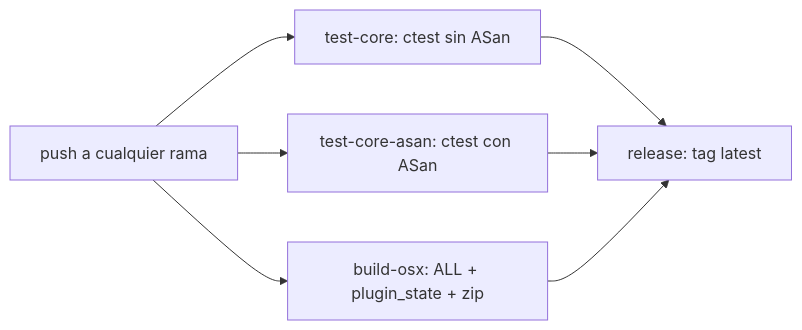
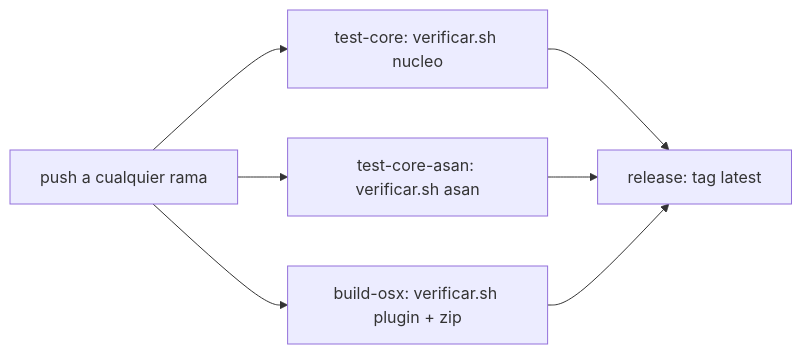
Diagram 12 of 12 in docs/ARQUITECTURA.md (claudiodevia/rdpiano), drawn with Mermaid before and after one commit. The commit also changed other lines of this file and 43 other files, not shown here.

````diff
--- a/docs/ARQUITECTURA.md
+++ b/docs/ARQUITECTURA.md
@@ -588,14 +588,14 @@
 ```mermaid
 flowchart LR
     push["push a cualquier rama"]
-    t1["test-core: ctest sin ASan"]
-    t2["test-core-asan: ctest con ASan"]
-    b["build-osx: ALL + plugin_state + zip"]
+    t1["test-core: verificar.sh nucleo"]
+    t2["test-core-asan: verificar.sh asan"]
+    b["build-osx: verificar.sh plugin + zip"]
     rel["release: tag latest"]
     push --> t1
     push --> t2
     push --> b
     t1 --> rel
     t2 --> rel
     b --> rel
 ```
````
